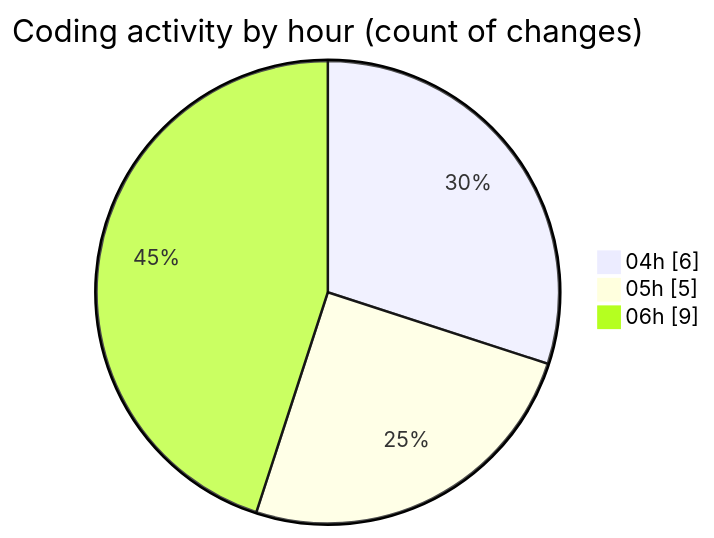
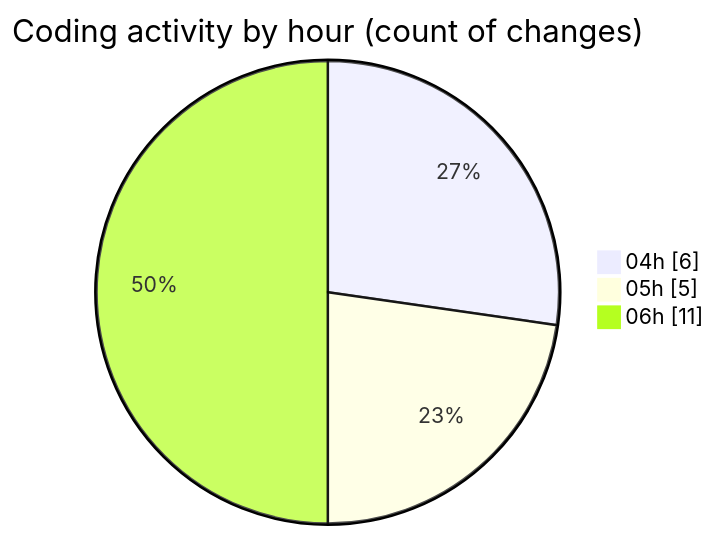
Before and after one commit to vahidmafi/code-tracking: the second of 2 diagrams in 2025-03-23/zeytoon/README.md, drawn with Mermaid. The commit also changed other lines of this file and 1 other file, not shown here.

````diff
--- a/2025-03-23/zeytoon/README.md
+++ b/2025-03-23/zeytoon/README.md
@@ -35,7 +35,7 @@
 ```mermaid
 pie showData
 title Coding activity by hour (count of changes)
 "04h" : 6
 "05h" : 5
-"06h" : 9
+"06h" : 11
 ```
````
